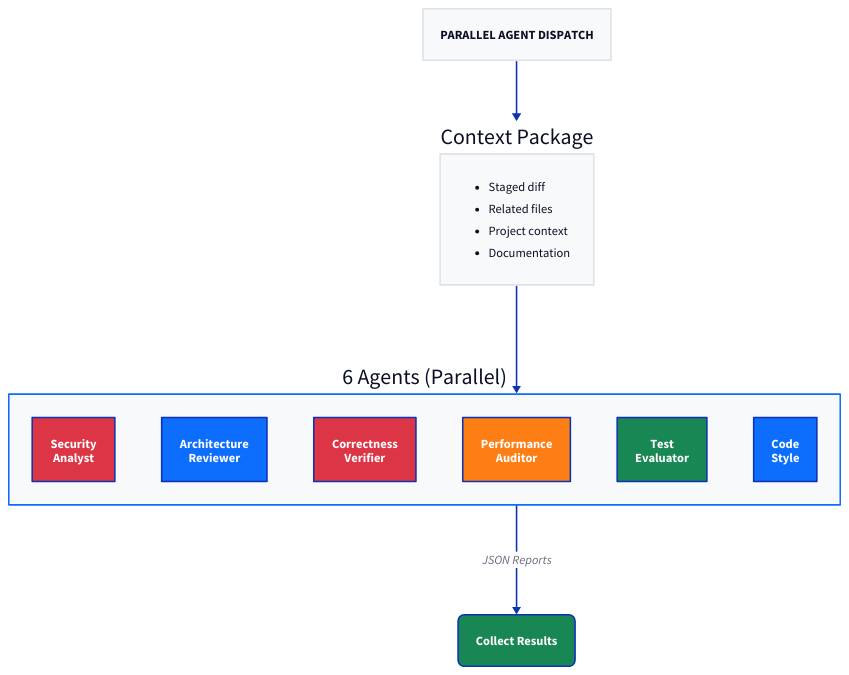
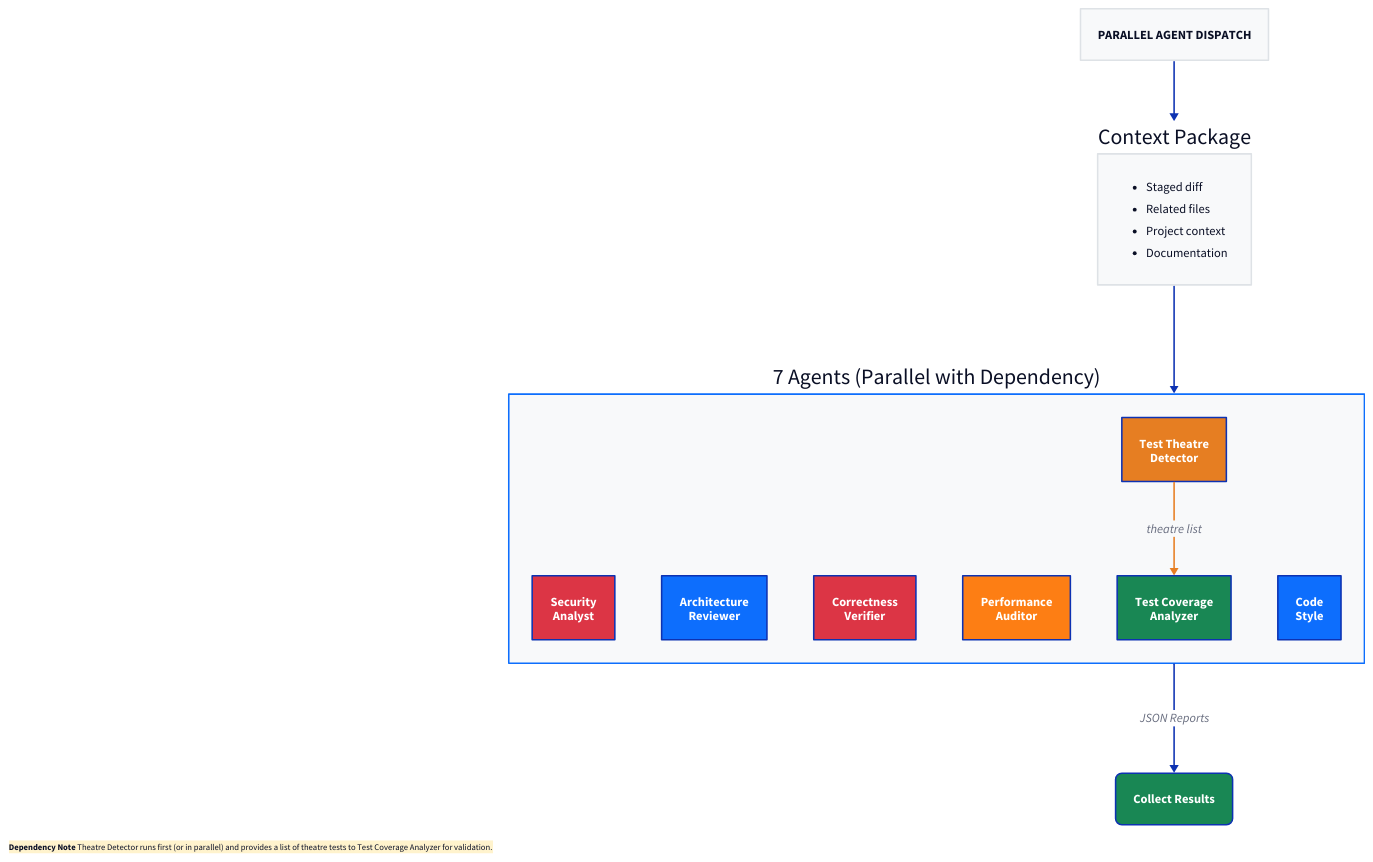
The diagram in diagrams/d2/parallel-dispatch.d2 (andrewcchoi/omnibus-review-maxxing), drawn with D2 before and after one commit. The commit also changed 20 other files, not shown here.

First line of the commit message:
feat: Add test-theatre-detector agent for identifying fake tests

```diff
--- a/diagrams/d2/parallel-dispatch.d2
+++ b/diagrams/d2/parallel-dispatch.d2
@@ -1,64 +1,88 @@
 # Parallel Agent Dispatch
-# 6 agents running concurrently during Phase 2
+# 7 agents running concurrently during Phase 2
+# Theatre Detector runs first, feeds Test Coverage Analyzer
 
 direction: down
 
 title: PARALLEL AGENT DISPATCH {
   style.fill: "#f8f9fa"
   style.stroke: "#dee2e6"
   style.font-size: 16
   style.bold: true
 }
 
 context: Context Package {
   style.fill: "#f8f9fa"
   style.stroke: "#dee2e6"
   items: |md
     - Staged diff
     - Related files
     - Project context
     - Documentation
   |
 }
 
 agents: {
-  label: "6 Agents (Parallel)"
+  label: "7 Agents (Parallel with Dependency)"
   style.fill: "#f8f9fa"
   style.stroke: "#0d6efd"
   style.stroke-width: 2
 
   security: Security\nAnalyst {
     style.fill: "#dc3545"
     style.font-color: white
   }
   architecture: Architecture\nReviewer {
     style.fill: "#0d6efd"
     style.font-color: white
   }
   correctness: Correctness\nVerifier {
     style.fill: "#dc3545"
     style.font-color: white
   }
   performance: Performance\nAuditor {
     style.fill: "#fd7e14"
     style.font-color: white
   }
-  test: Test\nEvaluator {
+  theatre: Test Theatre\nDetector {
+    style.fill: "#e67e22"
+    style.font-color: white
+  }
+  test: Test Coverage\nAnalyzer {
     style.fill: "#198754"
     style.font-color: white
   }
   style_check: Code\nStyle {
     style.fill: "#0d6efd"
     style.font-color: white
   }
+
+  # Dependency: Theatre detector feeds coverage analyzer
+  theatre -> test: "theatre list" {
+    style.stroke: "#e67e22"
+    style.stroke-width: 2
+  }
+}
+
+dependency_note: {
+  label: |md
+    **Dependency Note**
+    Theatre Detector runs first (or in parallel)
+    and provides a list of theatre tests to
+    Test Coverage Analyzer for validation.
+  |
+  style.fill: "#fff3cd"
+  style.stroke: "#e67e22"
+  style.font-size: 11
+  near: bottom-left
 }
 
 collect: Collect Results {
   style.fill: "#198754"
   style.font-color: white
   style.border-radius: 8
 }
 
 title -> context
 context -> agents
 agents -> collect: JSON Reports
```
